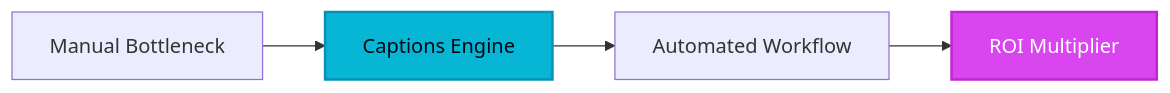
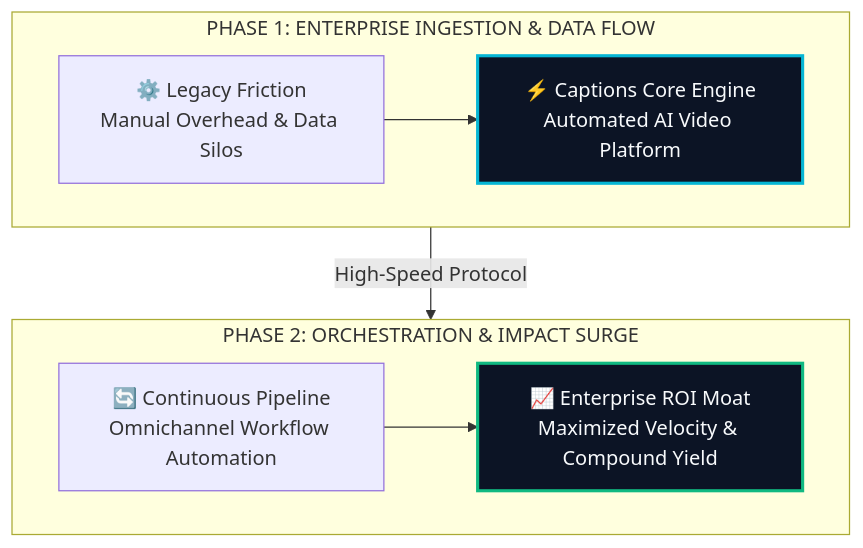
Before and after one commit to heliatech-media/saas-radar: the diagram in site/src/content/blog/captions-evolution-guide-2026.md, drawn with Mermaid. The commit also changed 97 other files, not shown here.

First line of the commit message:
feat(diagrams): upgrade all article architecture schemas to high-impact 2-tier responsive vector blueprints

````diff
--- a/site/src/content/blog/captions-evolution-guide-2026.md
+++ b/site/src/content/blog/captions-evolution-guide-2026.md
@@ -51,8 +51,14 @@
 ```mermaid
-flowchart LR
-    A[Manual Bottleneck] --> B[Captions Engine]
-    B --> C[Automated Workflow]
-    C --> D[ROI Multiplier]
-    style B fill:#06b6d4,stroke:#0891b2,stroke-width:2px,color:#030712
-    style D fill:#d946ef,stroke:#c026d3,stroke-width:2px,color:#ffffff
+flowchart TD
+    subgraph S1["PHASE 1: ENTERPRISE INGESTION & DATA FLOW"]
+        direction LR
+        A["⚙️ Legacy Friction<br/>Manual Overhead & Data Silos"] --> B["⚡ Captions Core Engine<br/>Automated AI Video Platform"]
+    end
+    subgraph S2["PHASE 2: ORCHESTRATION & IMPACT SURGE"]
+        direction LR
+        C["🔄 Continuous Pipeline<br/>Omnichannel Workflow Automation"] --> D["📈 Enterprise ROI Moat<br/>Maximized Velocity & Compound Yield"]
+    end
+    S1 -->|High-Speed Protocol| S2
+    style B fill:#0c1425,stroke:#06b6d4,stroke-width:2.5px,color:#f8fafc
+    style D fill:#0c1425,stroke:#10b981,stroke-width:2.5px,color:#f8fafc
 ```
````
